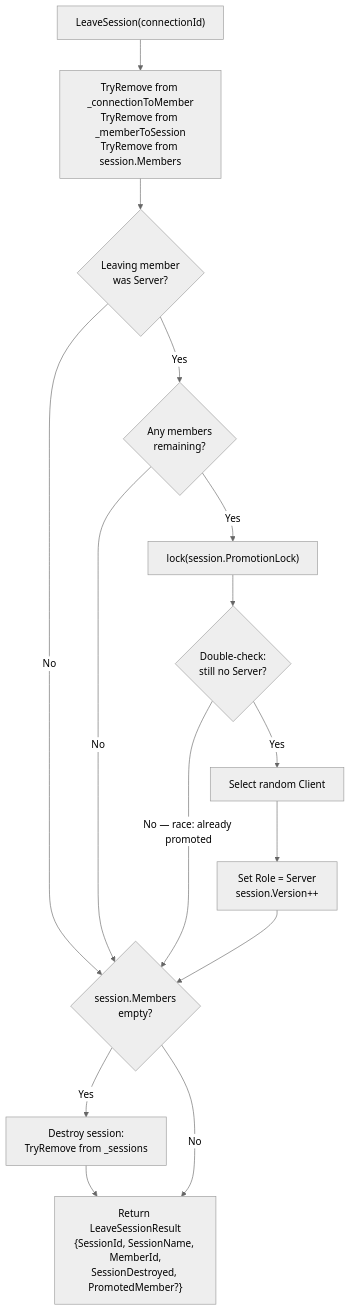
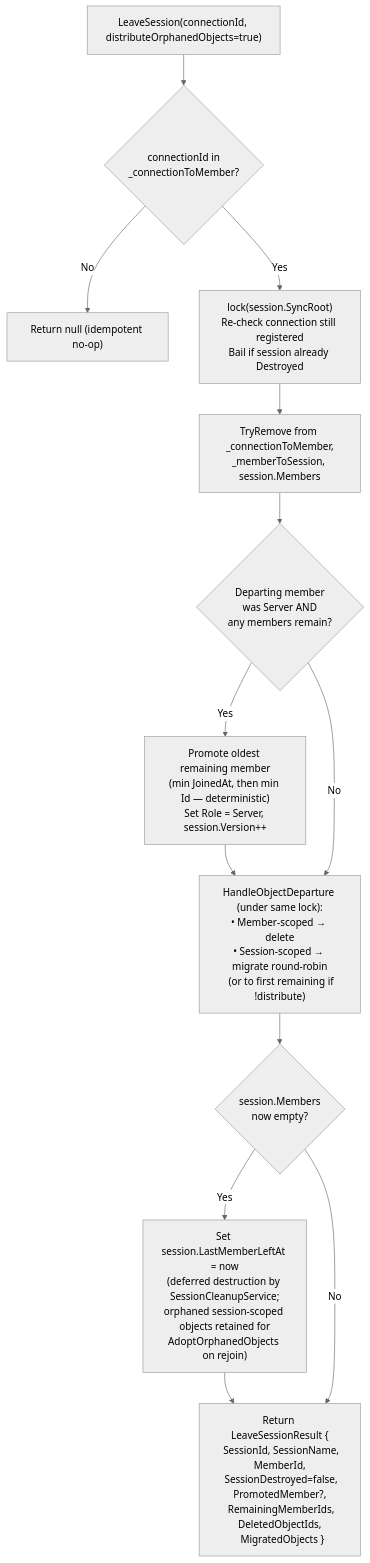
Before and after one commit to badvoidstar/asteroids: the sixth of 33 diagrams in ARCHITECTURE.md, drawn with Mermaid (neutral theme). The commit also changed other lines of this file, not shown here.

First line of the commit message:
docs: update ARCHITECTURE.md to current code state

````diff
--- a/ARCHITECTURE.md
+++ b/ARCHITECTURE.md
@@ -163,24 +187,23 @@
 ```mermaid
 flowchart TB
-    L1["LeaveSession(connectionId)"]
-    L2["TryRemove from _connectionToMember<br/>TryRemove from _memberToSession<br/>TryRemove from session.Members"]
-    L3{"Leaving member<br/>was Server?"}
-    L4{"Any members<br/>remaining?"}
-    L5["lock(session.PromotionLock)"]
-    L6{"Double-check:<br/>still no Server?"}
-    L7["Select random Client"]
-    L8["Set Role = Server<br/>session.Version++"]
-    L9{"session.Members<br/>empty?"}
-    L10["Destroy session:<br/>TryRemove from _sessions"]
-    L11["Return LeaveSessionResult<br/>{SessionId, SessionName, MemberId,<br/>SessionDestroyed, PromotedMember?}"]
+    L1["LeaveSession(connectionId, distributeOrphanedObjects=true)"]
+    L1A{"connectionId in<br/>_connectionToMember?"}
+    L1B["Return null (idempotent no-op)"]
+    L2["lock(session.SyncRoot)<br/>Re-check connection still registered<br/>Bail if session already Destroyed"]
+    L3["TryRemove from _connectionToMember,<br/>_memberToSession, session.Members"]
+    L4{"Departing member<br/>was Server AND<br/>any members remain?"}
+    L5["Promote oldest remaining member<br/>(min JoinedAt, then min Id — deterministic)<br/>Set Role = Server, session.Version++"]
+    L6["HandleObjectDeparture (under same lock):<br/>• Member-scoped → delete<br/>• Session-scoped → migrate round-robin<br/>  (or to first remaining if !distribute)"]
+    L7{"session.Members<br/>now empty?"}
+    L8["Set session.LastMemberLeftAt = now<br/>(deferred destruction by SessionCleanupService;<br/>orphaned session-scoped objects retained for<br/>AdoptOrphanedObjects on rejoin)"]
+    L9["Return LeaveSessionResult {<br/>  SessionId, SessionName, MemberId,<br/>  SessionDestroyed=false, PromotedMember?,<br/>  RemainingMemberIds, DeletedObjectIds,<br/>  MigratedObjects }"]
 
-    L1 --> L2 --> L3
-    L3 -->|No| L9
-    L3 -->|Yes| L4
-    L4 -->|No| L9
+    L1 --> L1A
+    L1A -->|No| L1B
+    L1A -->|Yes| L2 --> L3 --> L4
     L4 -->|Yes| L5 --> L6
-    L6 -->|"No — race: already promoted"| L9
-    L6 -->|Yes| L7 --> L8 --> L9
-    L9 -->|Yes| L10 --> L11
-    L9 -->|No| L11
+    L4 -->|No| L6
+    L6 --> L7
+    L7 -->|Yes| L8 --> L9
+    L7 -->|No| L9
 ```
````
